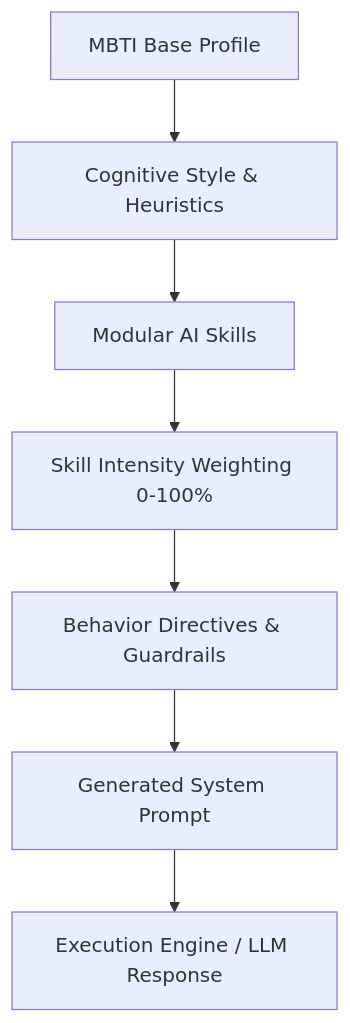
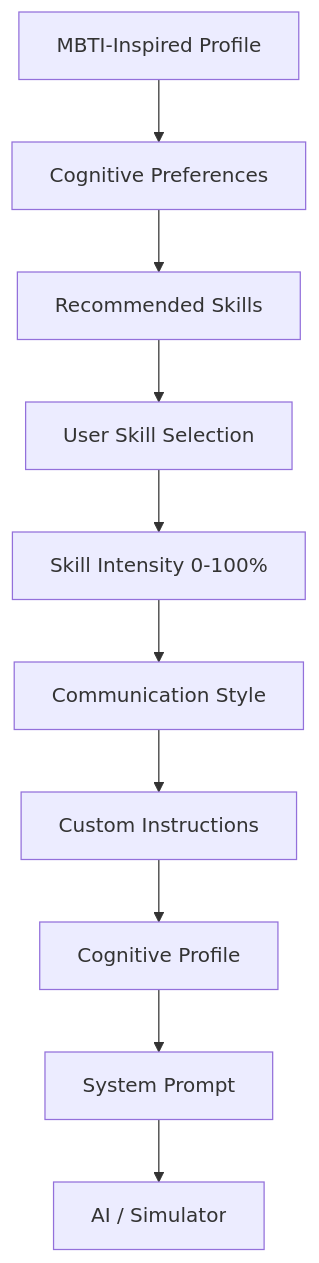
Before and after one commit to Imposter-zx/MBTI-AI-SKILLS: the diagram in README.md, drawn with Mermaid. The commit also changed other lines of this file and 13 other files, not shown here.

Commit message:
feat: upgrade cognitive profiles and production architecture

````diff
--- a/README.md
+++ b/README.md
@@ -69,9 +82,12 @@
 ```mermaid
 graph TD
-    A[MBTI Base Profile] --> B[Cognitive Style & Heuristics]
-    B --> C[Modular AI Skills]
-    C --> D[Skill Intensity Weighting 0-100%]
-    D --> E[Behavior Directives & Guardrails]
-    E --> F[Generated System Prompt]
-    F --> G[Execution Engine / LLM Response]
+    A[MBTI-Inspired Profile] --> B[Cognitive Preferences]
+    B --> C[Recommended Skills]
+    C --> D[User Skill Selection]
+    D --> E[Skill Intensity 0-100%]
+    E --> F[Communication Style]
+    F --> G[Custom Instructions]
+    G --> H[Cognitive Profile]
+    H --> I[System Prompt]
+    I --> J[AI / Simulator]
 ```
````
